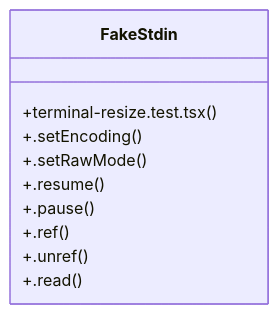
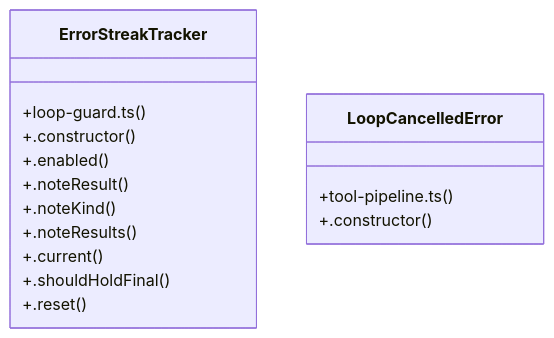
The diagram in graphify-out/wiki/Batch_Job_Engine.md (beast-ofcourse/Atom), drawn with Mermaid before and after one commit. The commit also changed other lines of this file and 129 other files, not shown here.

First line of the commit message:
test: dock-aware assertions, ATOM-docs path fix, graphify refresh

````diff
--- a/graphify-out/wiki/Batch_Job_Engine.md
+++ b/graphify-out/wiki/Batch_Job_Engine.md
@@ -36,13 +36,18 @@
 ```mermaid
 classDiagram
-    class FakeStdin {
-        +terminal-resize.test.tsx()
-        +.setEncoding()
-        +.setRawMode()
-        +.resume()
-        +.pause()
-        +.ref()
-        +.unref()
-        +.read()
+    class ErrorStreakTracker {
+        +loop-guard.ts()
+        +.constructor()
+        +.enabled()
+        +.noteResult()
+        +.noteKind()
+        +.noteResults()
+        +.current()
+        +.shouldHoldFinal()
+        +.reset()
+    }
+    class LoopCancelledError {
+        +tool-pipeline.ts()
+        +.constructor()
     }
 ```
````
